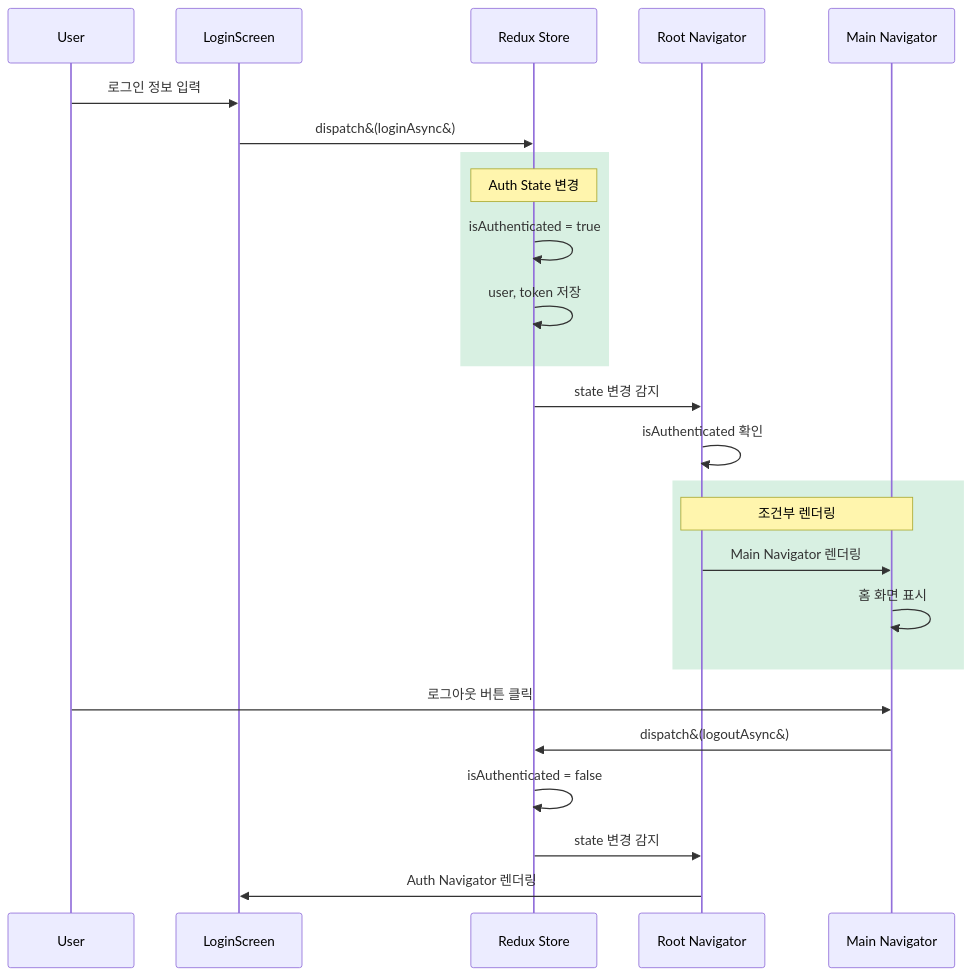
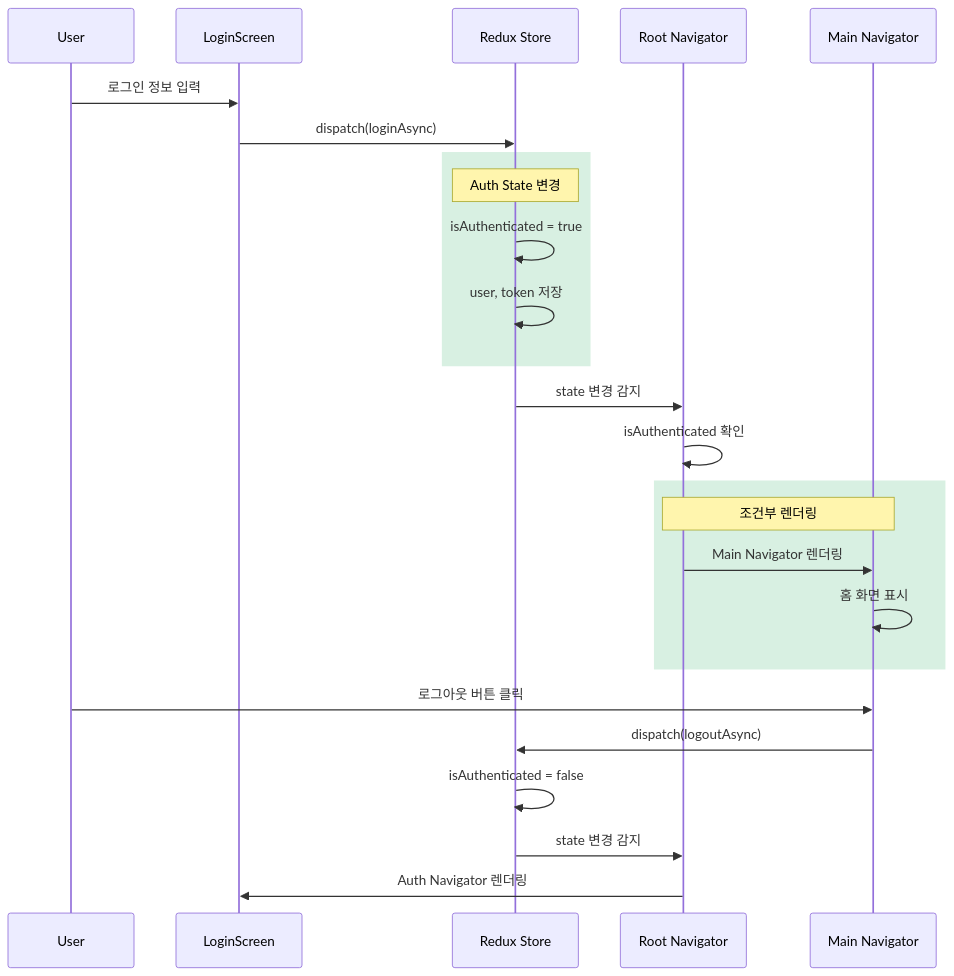
Before and after one commit to KalGookSoo/react-native-guide: the second of 5 diagrams in chapters/03-3_navigation_redux_integration.md, drawn with Mermaid. The commit also changed other lines of this file, not shown here.

First line of the commit message:
docs: Mermaid 다이어그램 이스케이프 코드 수정

````diff
--- a/chapters/03-3_navigation_redux_integration.md
+++ b/chapters/03-3_navigation_redux_integration.md
@@ -216,32 +216,32 @@
 ```mermaid
 sequenceDiagram
     participant U as User
     participant L as LoginScreen
     participant R as Redux Store
     participant N as Root Navigator
     participant M as Main Navigator
 
     U->>L: 로그인 정보 입력
-    L->>R: dispatch&#40;loginAsync&#41;
+    L->>R: dispatch#40;loginAsync#41;
 
     rect rgb(60, 179, 113, 0.2)
         Note over R: Auth State 변경
         R->>R: isAuthenticated = true
         R->>R: user, token 저장
     end
 
     R->>N: state 변경 감지
     N->>N: isAuthenticated 확인
 
     rect rgb(60, 179, 113, 0.2)
         Note over N,M: 조건부 렌더링
         N->>M: Main Navigator 렌더링
         M->>M: 홈 화면 표시
     end
 
     U->>M: 로그아웃 버튼 클릭
-    M->>R: dispatch&#40;logoutAsync&#41;
+    M->>R: dispatch#40;logoutAsync#41;
     R->>R: isAuthenticated = false
     R->>N: state 변경 감지
     N->>L: Auth Navigator 렌더링
 ```
````
